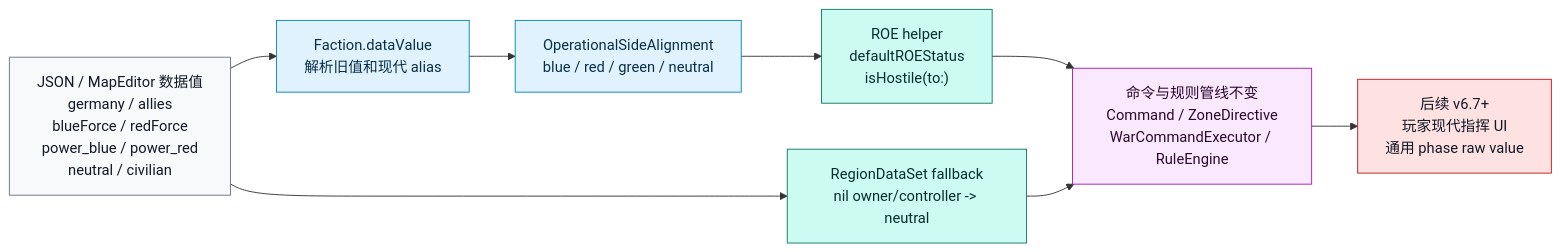
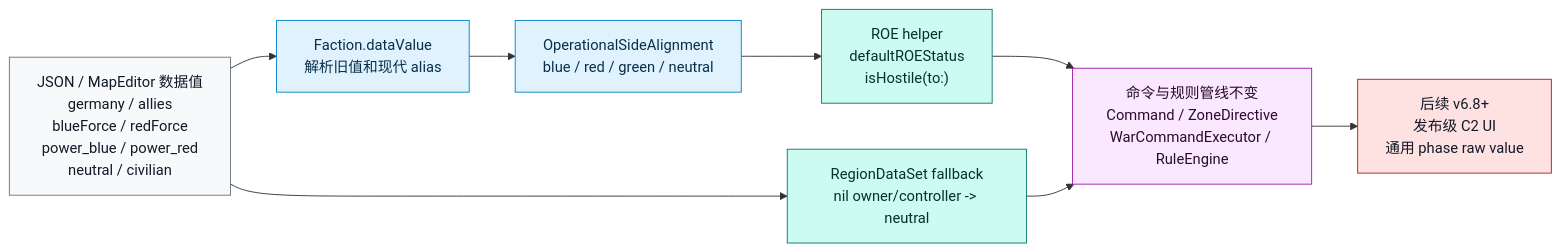
The third of 17 diagrams in md/flow/flowchart.md (Altman-sam114/127), drawn with Mermaid before and after one commit. The commit also changed other lines of this file and 8 other files, not shown here.

````diff
--- a/md/flow/flowchart.md
+++ b/md/flow/flowchart.md
@@ -90,20 +90,20 @@
 ```mermaid
 flowchart LR
     DATA["JSON / MapEditor 数据值<br/>germany / allies<br/>blueForce / redForce<br/>power_blue / power_red<br/>neutral / civilian"]:::data
     FACTION["Faction.dataValue<br/>解析旧值和现代 alias"]:::state
     ALIGN["OperationalSideAlignment<br/>blue / red / green / neutral"]:::state
     ROE["ROE helper<br/>defaultROEStatus<br/>isHostile(to:)"]:::rules
     REGION["RegionDataSet fallback<br/>nil owner/controller -> neutral"]:::rules
     PIPE["命令与规则管线不变<br/>Command / ZoneDirective<br/>WarCommandExecutor / RuleEngine"]:::command
-    TODO["后续 v6.7+<br/>玩家现代指挥 UI<br/>通用 phase raw value"]:::risk
+    TODO["后续 v6.8+<br/>发布级 C2 UI<br/>通用 phase raw value"]:::risk
 
     DATA --> FACTION --> ALIGN --> ROE --> PIPE
     DATA --> REGION --> PIPE
     PIPE --> TODO
 
     classDef data fill:#f8f9fb,stroke:#6b7280,color:#111827
     classDef state fill:#e0f2fe,stroke:#0284c7,color:#082f49
     classDef rules fill:#ccfbf1,stroke:#0f766e,color:#042f2e
     classDef command fill:#fae8ff,stroke:#a21caf,color:#2a0a2f
     classDef risk fill:#fee2e2,stroke:#b91c1c,color:#111827
 ```
````
